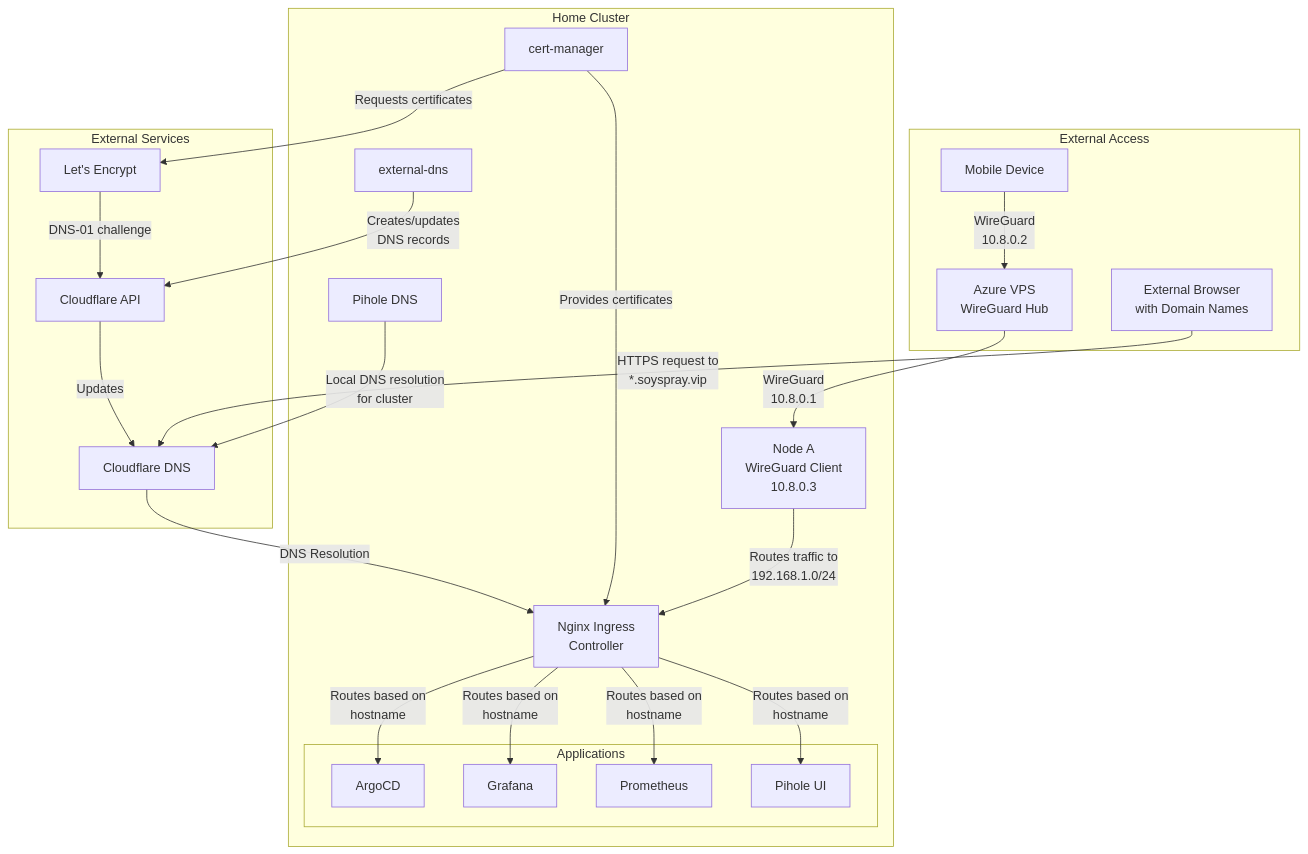
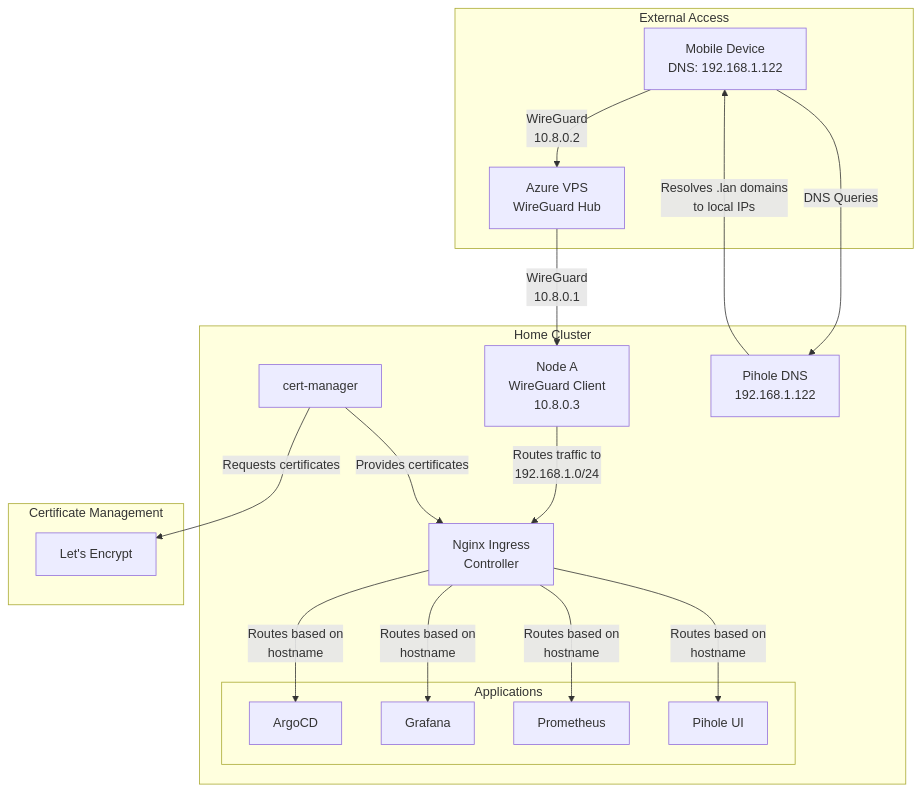
The diagram in soydocs/ingress-configuration.md (kpoxo6op/soyspray), drawn with Mermaid before and after one commit. The commit also changed other lines of this file and 1 other file, not shown here.

Commit message:
Same services with .soyspray.vip domains

````diff
--- a/soydocs/ingress-configuration.md
+++ b/soydocs/ingress-configuration.md
@@ -96,56 +41,44 @@
 ```mermaid
 graph TD
     subgraph "External Access"
-        Mobile["Mobile Device"]
+        Mobile["Mobile Device<br>DNS: 192.168.1.122"]
         VPS["Azure VPS<br>WireGuard Hub"]
-        Browser["External Browser<br>with Domain Names"]
     end
 
     subgraph "Home Cluster"
         NodeA["Node A<br>WireGuard Client<br>10.8.0.3"]
         Ingress["Nginx Ingress<br>Controller"]
-        ExtDNS["external-dns"]
         CertMgr["cert-manager"]
-        Pihole["Pihole DNS"]
+        Pihole["Pihole DNS<br>192.168.1.122"]
 
         subgraph "Applications"
             ArgoCD["ArgoCD"]
             Grafana["Grafana"]
             Prometheus["Prometheus"]
             PiholeUI["Pihole UI"]
         end
     end
 
-    subgraph "External Services"
-        CloudflareAPI["Cloudflare API"]
-        CloudflareDNS["Cloudflare DNS"]
+    subgraph "Certificate Management"
         LetsEncrypt["Let's Encrypt"]
     end
 
     %% WireGuard connections
     Mobile -- "WireGuard<br>10.8.0.2" --> VPS
     VPS -- "WireGuard<br>10.8.0.1" --> NodeA
     NodeA -- "Routes traffic to<br>192.168.1.0/24" --> Ingress
 
-    %% Browser connections
-    Browser -- "HTTPS request to<br>*.soyspray.vip" --> CloudflareDNS
-    CloudflareDNS -- "DNS Resolution" --> Ingress
+    %% DNS Resolution
+    Mobile -- "DNS Queries" --> Pihole
+    Pihole -- "Resolves .lan domains<br>to local IPs" --> Mobile
 
     %% Internal routing
     Ingress -- "Routes based on<br>hostname" --> ArgoCD
     Ingress -- "Routes based on<br>hostname" --> Grafana
     Ingress -- "Routes based on<br>hostname" --> Prometheus
     Ingress -- "Routes based on<br>hostname" --> PiholeUI
 
-    %% DNS management
-    ExtDNS -- "Creates/updates<br>DNS records" --> CloudflareAPI
-    CloudflareAPI -- "Updates" --> CloudflareDNS
-
     %% Certificate management
     CertMgr -- "Requests certificates" --> LetsEncrypt
-    LetsEncrypt -- "DNS-01 challenge" --> CloudflareAPI
     CertMgr -- "Provides certificates" --> Ingress
-
-    %% Local DNS
-    Pihole -- "Local DNS resolution<br>for cluster" --> CloudflareDNS
 ```
````
